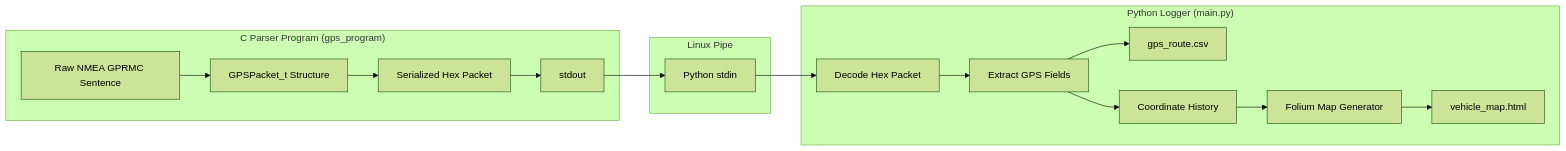
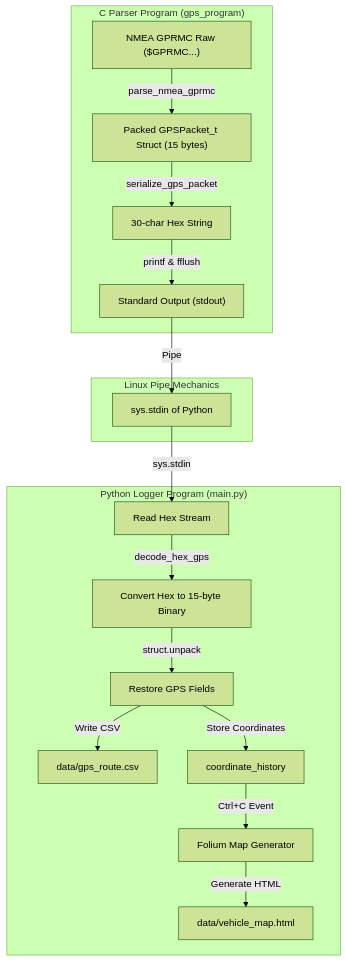
Before and after one commit to daophuochung05-bot/GPS-Telemetry-Project: the diagram in README.md, drawn with Mermaid (forest theme).

````diff
--- a/README.md
+++ b/README.md
@@ -11,27 +11,23 @@
 ```mermaid
-graph LR
+graph TD
 
-    subgraph CParser["C Parser Program (gps_program)"]
-        A["Raw NMEA GPRMC Sentence"]
-        B["GPSPacket_t Structure"]
-        C["Serialized Hex Packet"]
-        D["stdout"]
-
-        A --> B
-        B --> C
-        C --> D
+    subgraph "C Parser Program (gps_program)"
+        A["NMEA GPRMC Raw ($GPRMC...)"] -->|parse_nmea_gprmc| B["Packed GPSPacket_t Struct (15 bytes)"]
+        B -->|serialize_gps_packet| C["30-char Hex String"]
+        C -->|printf & fflush| D["Standard Output (stdout)"]
     end
 
-    subgraph Pipe["Linux Pipe"]
-        D --> E["Python stdin"]
+    subgraph "Linux Pipe Mechanics"
+        D -->|Pipe| E["sys.stdin of Python"]
     end
 
-    subgraph PythonLogger["Python Logger (main.py)"]
-        E --> F["Decode Hex Packet"]
-        F --> G["Extract GPS Fields"]
-        G --> H["gps_route.csv"]
-        G --> I["Coordinate History"]
-        I --> J["Folium Map Generator"]
-        J --> K["vehicle_map.html"]
+    subgraph "Python Logger Program (main.py)"
+        E -->|sys.stdin| F["Read Hex Stream"]
+        F -->|decode_hex_gps| G["Convert Hex to 15-byte Binary"]
+        G -->|struct.unpack| H["Restore GPS Fields"]
+        H -->|Write CSV| I["data/gps_route.csv"]
+        H -->|Store Coordinates| J["coordinate_history"]
+        J -->|Ctrl+C Event| K["Folium Map Generator"]
+        K -->|Generate HTML| L["data/vehicle_map.html"]
     end
 ```
````
